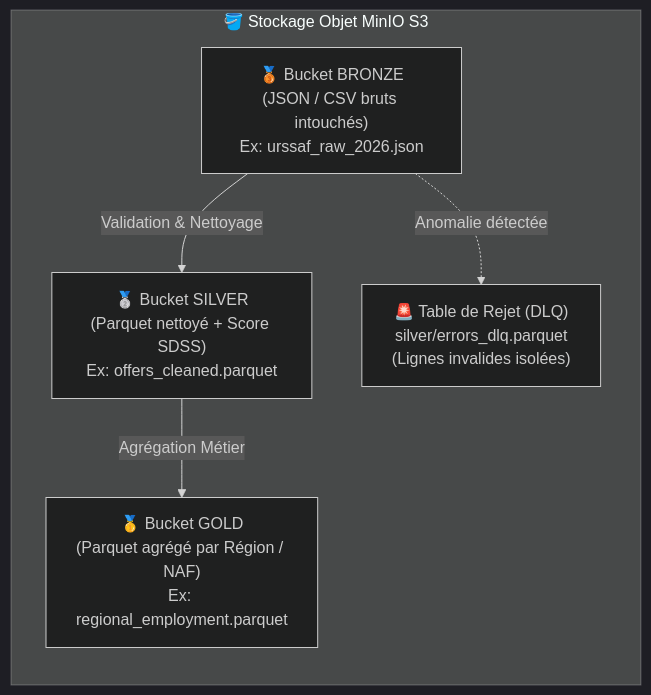
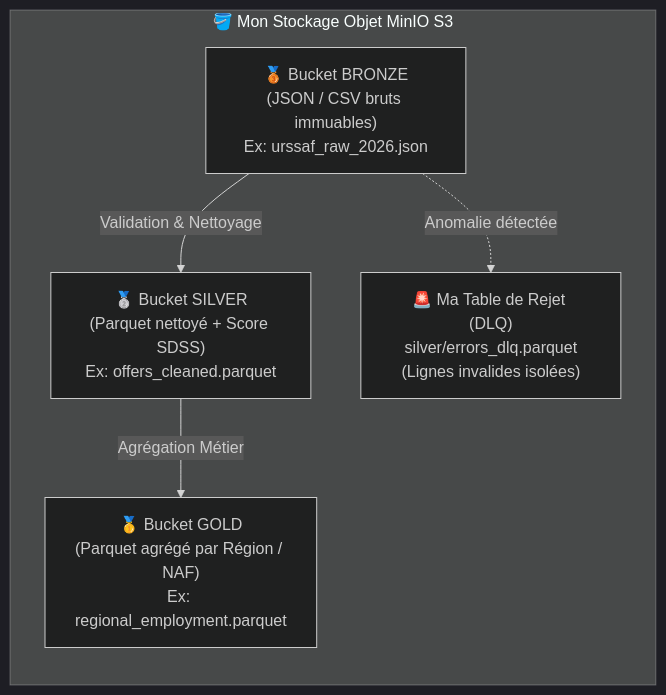
The third of 4 diagrams in docs/lakehouse/03.guide_etape_par_etape.md (Anon31/data-skills-radar-docs), drawn with Mermaid (dark theme) before and after one commit. The commit also changed other lines of this file and 2 other files, not shown here.

````diff
--- a/docs/lakehouse/03.guide_etape_par_etape.md
+++ b/docs/lakehouse/03.guide_etape_par_etape.md
@@ -95,13 +95,13 @@
 ```mermaid
 flowchart LR
-    subgraph MinIO["🪣 Stockage Objet MinIO S3"]
-        B["🥉 Bucket BRONZE<br/>(JSON / CSV bruts intouchés)<br/>Ex: urssaf_raw_2026.json"]
-        DLQ["🚨 Table de Rejet (DLQ)<br/>silver/errors_dlq.parquet<br/>(Lignes invalides isolées)"]
+    subgraph MinIO["🪣 Mon Stockage Objet MinIO S3"]
+        B["🥉 Bucket BRONZE<br/>(JSON / CSV bruts immuables)<br/>Ex: urssaf_raw_2026.json"]
+        DLQ["🚨 Ma Table de Rejet (DLQ)<br/>silver/errors_dlq.parquet<br/>(Lignes invalides isolées)"]
         S["🥈 Bucket SILVER<br/>(Parquet nettoyé + Score SDSS)<br/>Ex: offers_cleaned.parquet"]
         G["🥇 Bucket GOLD<br/>(Parquet agrégé par Région / NAF)<br/>Ex: regional_employment.parquet"]
     end
 
     B -->|Validation & Nettoyage| S
     B -.->|Anomalie détectée| DLQ
     S -->|Agrégation Métier| G
 ```
````
